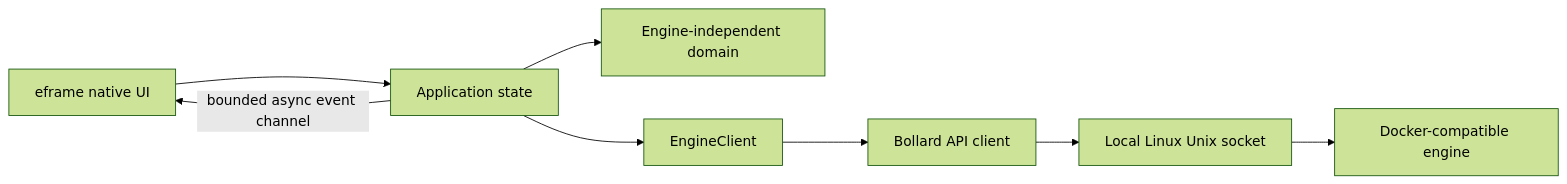
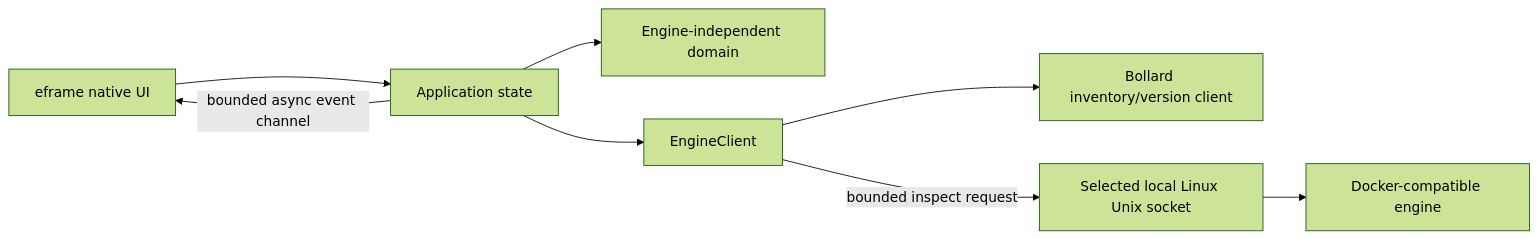
The diagram in docs/src/architecture/overview.md (SzymonR1/ferrum-desktop), drawn with Mermaid (forest theme) before and after one commit. The commit also changed other lines of this file and 6 other files, not shown here.

````diff
--- a/docs/src/architecture/overview.md
+++ b/docs/src/architecture/overview.md
@@ -5,10 +5,10 @@
 ```mermaid
 flowchart LR
     UI[eframe native UI] --> APP[Application state]
     APP --> CORE[Engine-independent domain]
     APP --> CLIENT[EngineClient]
-    CLIENT --> BOLLARD[Bollard API client]
-    BOLLARD --> SOCKET[Local Linux Unix socket]
+    CLIENT --> BOLLARD[Bollard inventory/version client]
+    CLIENT -->|bounded inspect request| SOCKET[Selected local Linux Unix socket]
     SOCKET --> ENGINE[Docker-compatible engine]
     APP -->|bounded async event channel| UI
 ```
````
